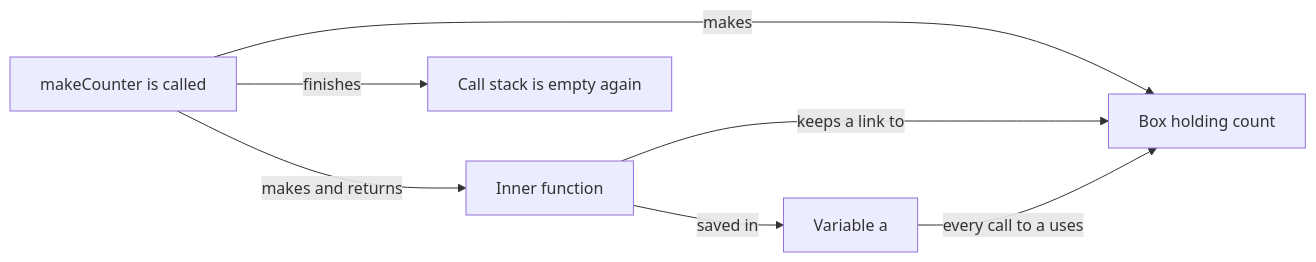
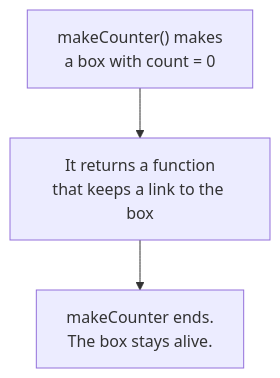
Before and after one commit to starjustice/research-material: the first of 4 diagrams in learn/javascript/05-closures.md, drawn with Mermaid. The commit also changed other lines of this file, not shown here.

````diff
--- a/learn/javascript/05-closures.md
+++ b/learn/javascript/05-closures.md
@@ -26,9 +15,5 @@
 ```mermaid
-graph LR
-    A["makeCounter is called"] -->|makes| B["Box holding count"]
-    A -->|makes and returns| C["Inner function"]
-    C -->|keeps a link to| B
-    C -->|saved in| D["Variable a"]
-    A -->|finishes| E["Call stack is empty again"]
-    D -->|every call to a uses| B
+graph TB
+    A["makeCounter() makes<br/>a box with count = 0"] --> B["It returns a function<br/>that keeps a link to the box"]
+    B --> C["makeCounter ends.<br/>The box stays alive."]
 ```
````
